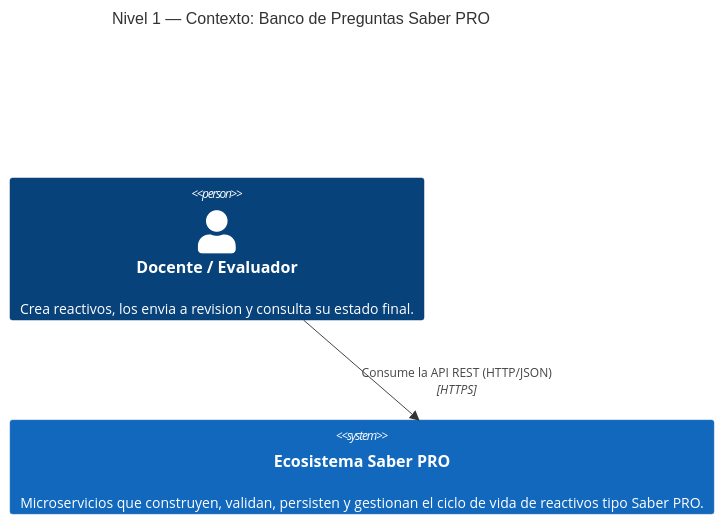
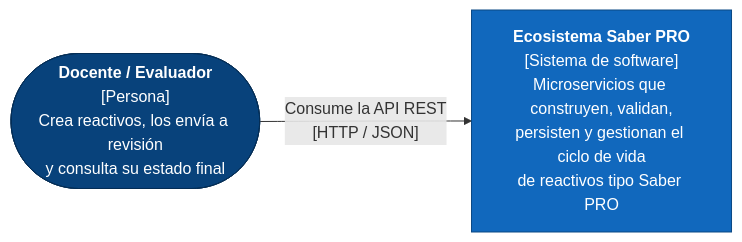
One commit to santyxswc/Lab_ing_softwareII changed the first of 4 diagrams in saberpro-microservicios/docs/INFORME_TECNICO.md. Above: the diagram before and after it, drawn with Mermaid. The commit also changed other lines of this file and 13 other files, not shown here.

First line of the commit message:
docs(saberpro): informe final en formato institucional, diagramas C4 y capturas actualizadas

````diff
--- a/saberpro-microservicios/docs/INFORME_TECNICO.md
+++ b/saberpro-microservicios/docs/INFORME_TECNICO.md
@@ -170,7 +173,10 @@
 ```mermaid
-C4Context
-    title Nivel 1 — Contexto: Banco de Preguntas Saber PRO
-    Person(docente, "Docente / Evaluador", "Crea reactivos, los envia a revision y consulta su estado final.")
-    System(saberpro, "Ecosistema Saber PRO", "Microservicios que construyen, validan, persisten y gestionan el ciclo de vida de reactivos tipo Saber PRO.")
-    Rel(docente, saberpro, "Consume la API REST (HTTP/JSON)", "HTTPS")
+flowchart LR
+    docente(["<b>Docente / Evaluador</b><br/>[Persona]<br/>Crea reactivos, los envía a revisión<br/>y consulta su estado final"])
+    saber["<b>Ecosistema Saber PRO</b><br/>[Sistema de software]<br/>Microservicios que construyen, validan,<br/>persisten y gestionan el ciclo de vida<br/>de reactivos tipo Saber PRO"]
+    docente -- "Consume la API REST<br/>[HTTP / JSON]" --> saber
+    classDef persona fill:#08427b,stroke:#052e56,color:#ffffff
+    classDef sistema fill:#1168bd,stroke:#0b4884,color:#ffffff
+    class docente persona
+    class saber sistema
 ```
````
